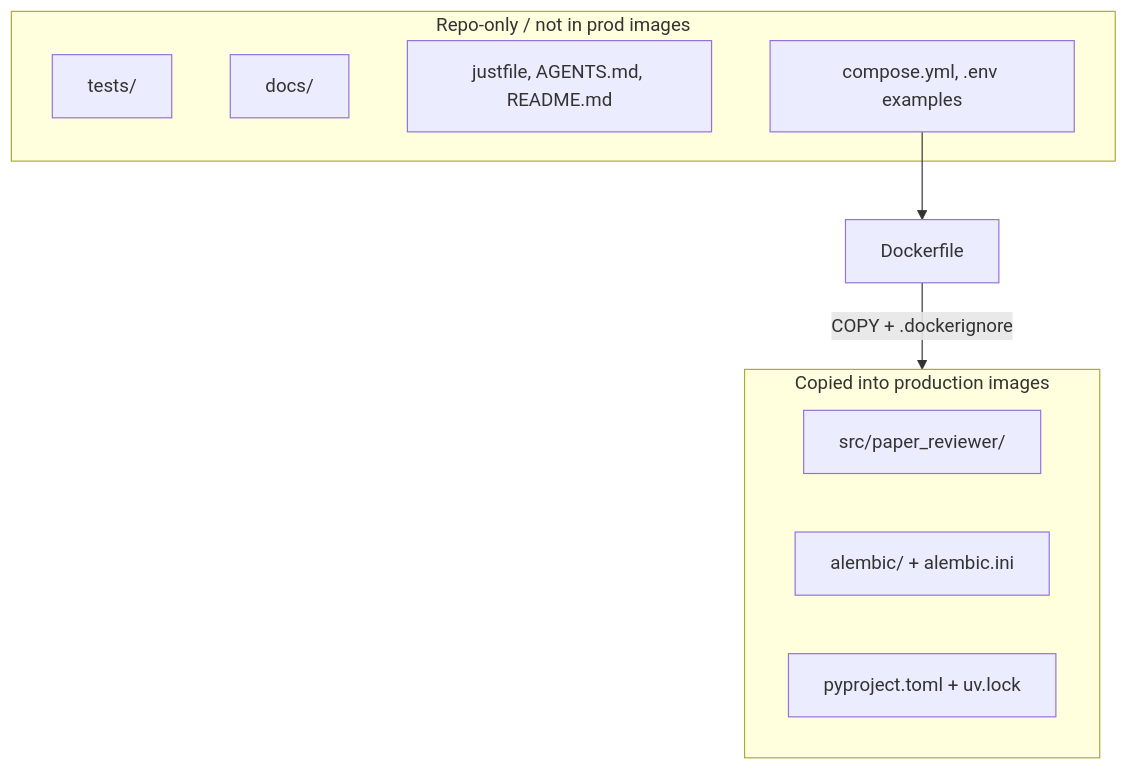
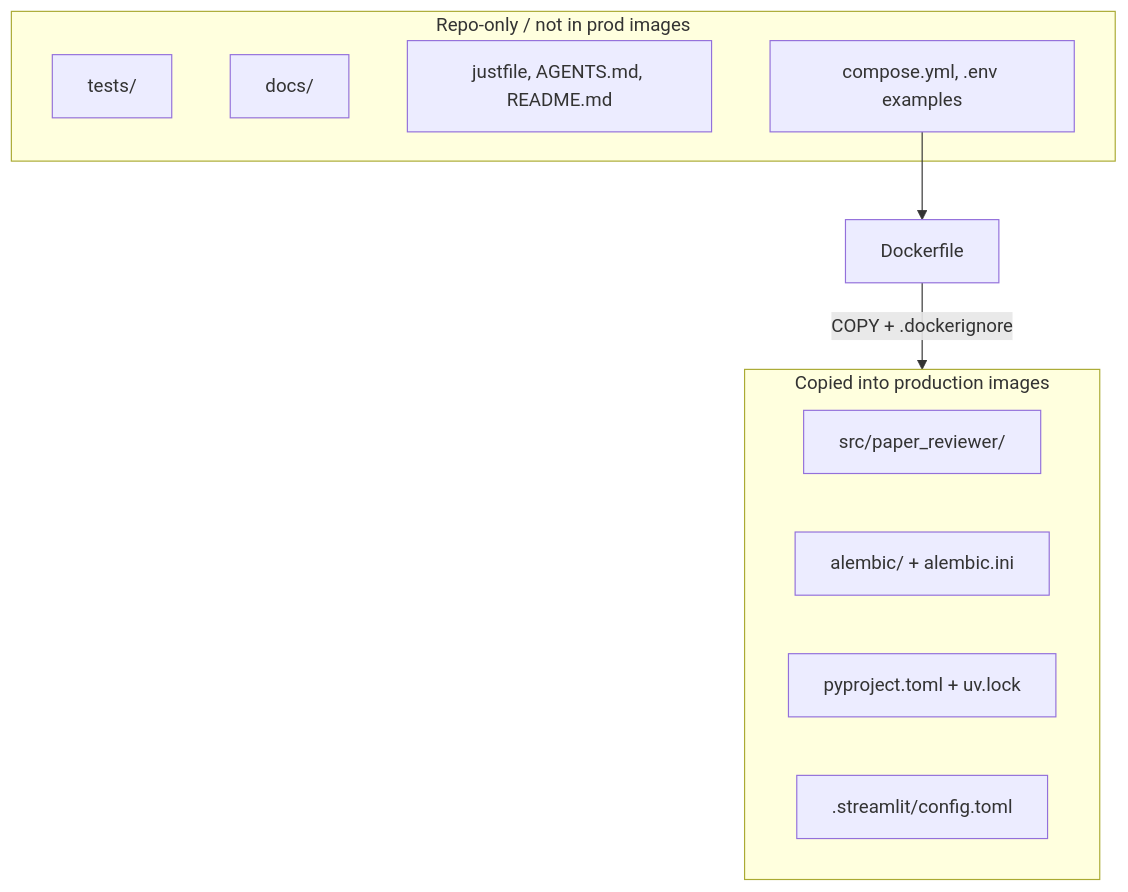
One commit to GustavoRusso/paper-reviewer changed the diagram in docs/project-structure.md. Above: the diagram before and after it, drawn with Mermaid. The commit also changed other lines of this file and 9 other files, not shown here.

Commit message:
created a Streamlit theme aligned with ui-style

````diff
--- a/docs/project-structure.md
+++ b/docs/project-structure.md
@@ -29,18 +29,19 @@
 ```mermaid
 flowchart TB
   subgraph deploy [Copied into production images]
     srcPkg["src/paper_reviewer/"]
     alembicDir["alembic/ + alembic.ini"]
     deps["pyproject.toml + uv.lock"]
+    streamlitTheme[".streamlit/config.toml"]
   end
 
   subgraph localOnly [Repo-only / not in prod images]
     testsDir["tests/"]
     docsDir["docs/"]
     hostTools["justfile, AGENTS.md, README.md"]
     composeFiles["compose.yml, .env examples"]
   end
 
   Dockerfile -->|"COPY + .dockerignore"| deploy
   composeFiles --> Dockerfile
 ```
````
